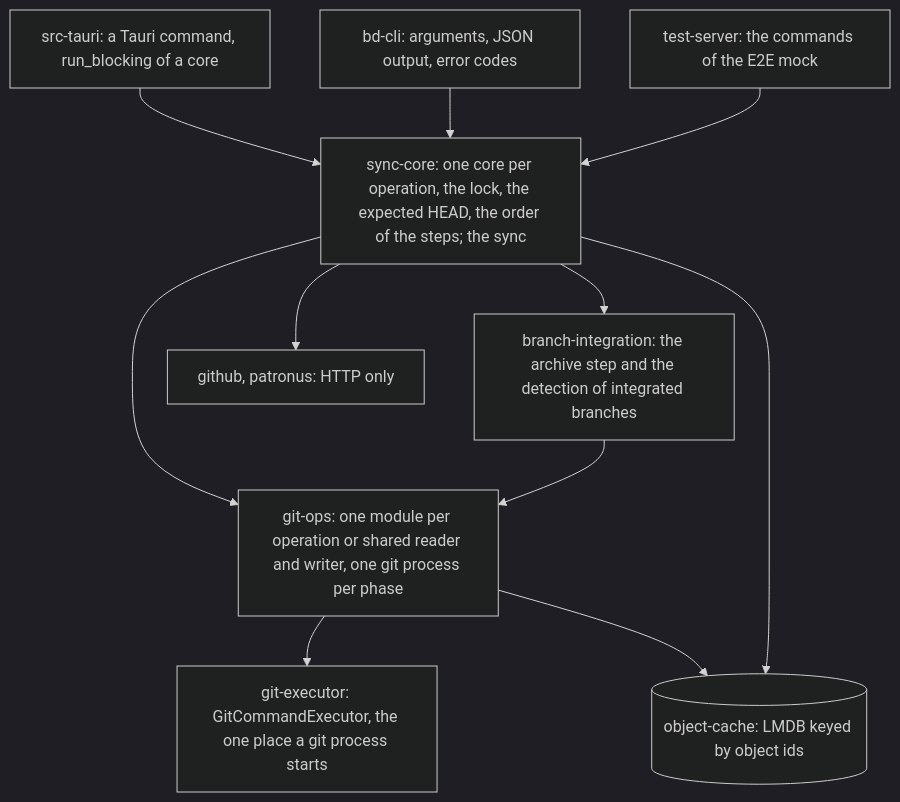
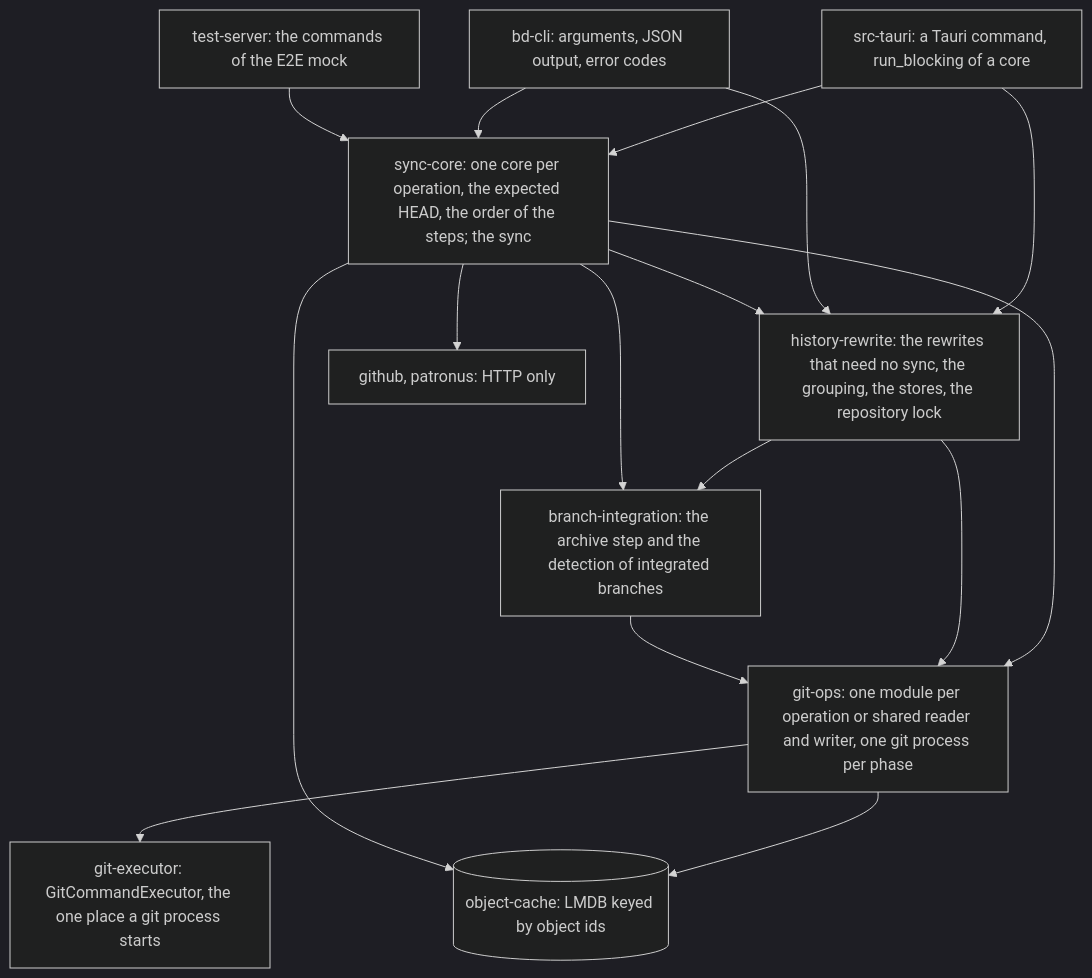
One commit to develar/branch-deck changed the first of 2 diagrams in docs/design/git-operations.md. Above: the diagram before and after it, drawn with Mermaid (dark theme). The commit also changed other lines of this file and 144 other files, not shown here.

First line of the commit message:
refactor(sync-core): the history rewrites in their own crate history-rewrite

````diff
--- a/docs/design/git-operations.md
+++ b/docs/design/git-operations.md
@@ -37,13 +37,17 @@
 ```mermaid
 flowchart TD
     APP[src-tauri: a Tauri command, run_blocking of a core] --> CORE
     BD[bd-cli: arguments, JSON output, error codes] --> CORE
     E2E[test-server: the commands of the E2E mock] --> CORE
-    CORE[sync-core: one core per operation, the lock, the expected HEAD, the order of the steps; the sync] --> OPS
+    CORE[sync-core: one core per operation, the expected HEAD, the order of the steps; the sync] --> OPS
+    APP --> HR
+    BD --> HR
+    CORE --> HR[history-rewrite: the rewrites that need no sync, the grouping, the stores, the repository lock] --> OPS
+    HR --> BI
     CORE --> BI[branch-integration: the archive step and the detection of integrated branches]
     BI --> OPS[git-ops: one module per operation or shared reader and writer, one git process per phase]
     OPS --> EX[git-executor: GitCommandExecutor, the one place a git process starts]
     OPS --> OC[(object-cache: LMDB keyed by object ids)]
     CORE --> OC
     CORE --> NET[github, patronus: HTTP only]
 ```
````
